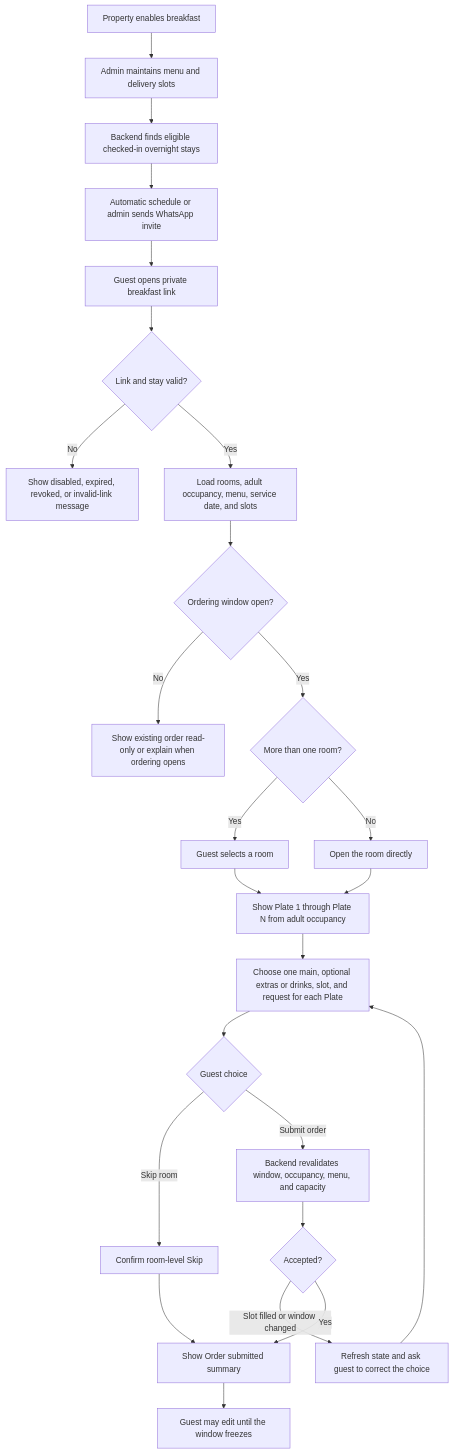
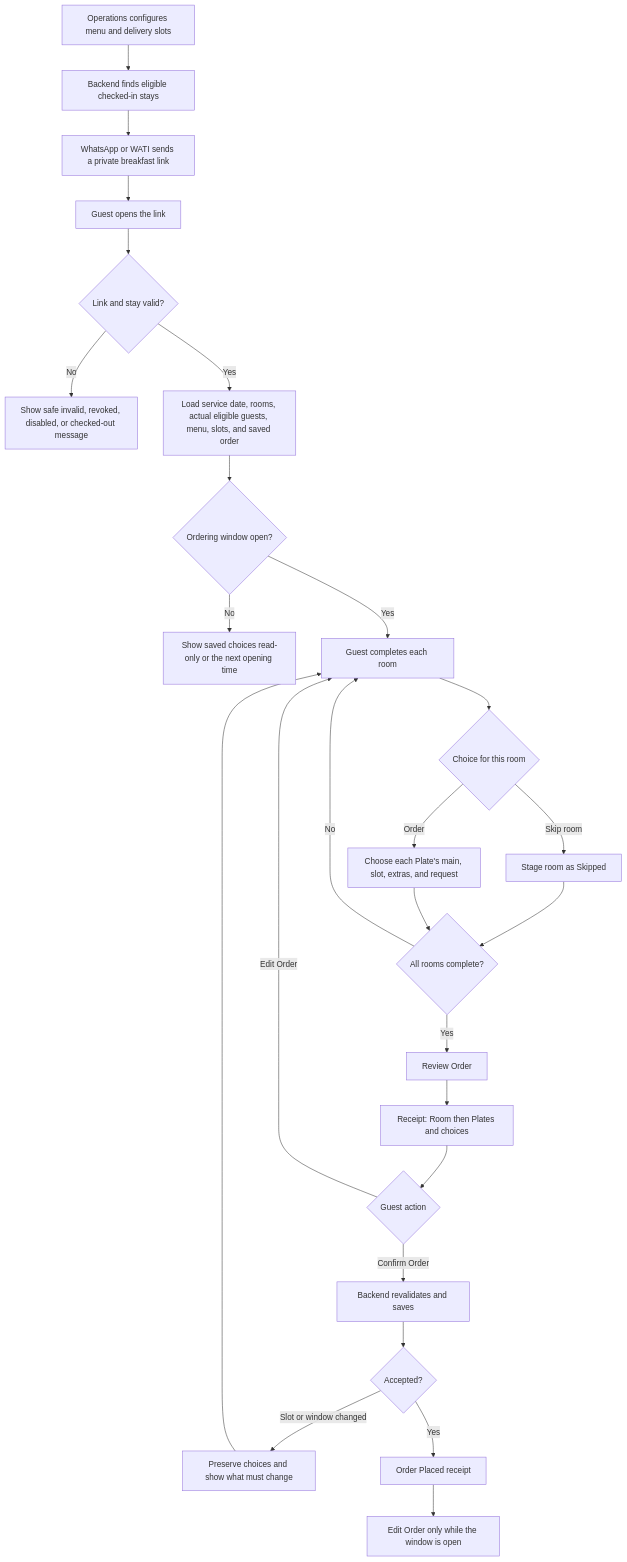
One commit to pankajverma2108/vibehouse-frontend changed the diagram in docs/breakfast/24_breakfast_stakeholder_workflow.md. Above: the diagram before and after it, drawn with Mermaid. The commit also changed other lines of this file and 15 other files, not shown here.

````diff
--- a/docs/breakfast/24_breakfast_stakeholder_workflow.md
+++ b/docs/breakfast/24_breakfast_stakeholder_workflow.md
@@ -41,27 +30,28 @@
 ```mermaid
 flowchart TD
-    A[Property enables breakfast] --> B[Admin maintains menu and delivery slots]
-    B --> C[Backend finds eligible checked-in overnight stays]
-    C --> D[Automatic schedule or admin sends WhatsApp invite]
-    D --> E[Guest opens private breakfast link]
-    E --> F{Link and stay valid?}
-    F -- No --> G[Show disabled, expired, revoked, or invalid-link message]
-    F -- Yes --> H[Load rooms, adult occupancy, menu, service date, and slots]
-    H --> I{Ordering window open?}
-    I -- No --> J[Show existing order read-only or explain when ordering opens]
-    I -- Yes --> K{More than one room?}
-    K -- Yes --> L[Guest selects a room]
-    K -- No --> M[Open the room directly]
-    L --> N[Show Plate 1 through Plate N from adult occupancy]
+    A[Operations configures menu and delivery slots] --> B[Backend finds eligible checked-in stays]
+    B --> C[WhatsApp or WATI sends a private breakfast link]
+    C --> D[Guest opens the link]
+    D --> E{Link and stay valid?}
+    E -- No --> F[Show safe invalid, revoked, disabled, or checked-out message]
+    E -- Yes --> G[Load service date, rooms, actual eligible guests, menu, slots, and saved order]
+    G --> H{Ordering window open?}
+    H -- No --> I[Show saved choices read-only or the next opening time]
+    H -- Yes --> J[Guest completes each room]
+    J --> K{Choice for this room}
+    K -- Skip room --> L[Stage room as Skipped]
+    K -- Order --> M[Choose each Plate's main, slot, extras, and request]
+    L --> N{All rooms complete?}
     M --> N
-    N --> O[Choose one main, optional extras or drinks, slot, and request for each Plate]
-    O --> P{Guest choice}
-    P -- Skip room --> Q[Confirm room-level Skip]
-    P -- Submit order --> R[Backend revalidates window, occupancy, menu, and capacity]
+    N -- No --> J
+    N -- Yes --> O[Review Order]
+    O --> P[Receipt: Room then Plates and choices]
+    P --> Q{Guest action}
+    Q -- Edit Order --> J
+    Q -- Confirm Order --> R[Backend revalidates and saves]
     R --> S{Accepted?}
-    S -- Slot filled or window changed --> T[Refresh state and ask guest to correct the choice]
-    T --> O
-    S -- Yes --> U[Show Order submitted summary]
-    U --> V[Guest may edit until the window freezes]
-    Q --> U
+    S -- Slot or window changed --> T[Preserve choices and show what must change]
+    T --> J
+    S -- Yes --> U[Order Placed receipt]
+    U --> V[Edit Order only while the window is open]
 ```
````
